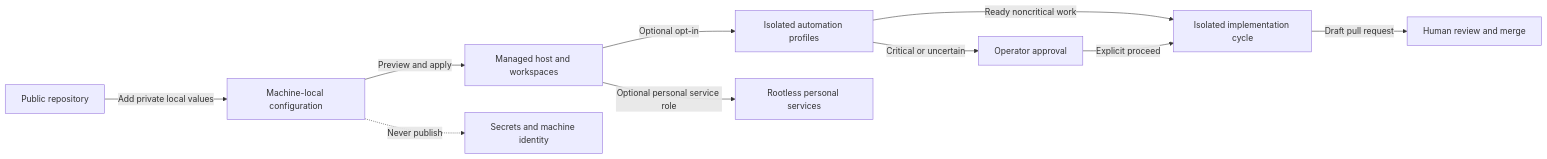
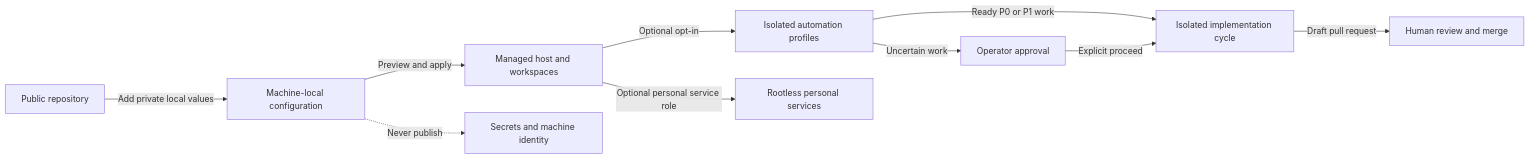
Before and after one commit to Saltiola7/dotfiles-ai: the diagram in docs/specs/dotfiles_ai_distribution/PRODUCT.md, drawn with Mermaid. The commit also changed other lines of this file and 3 other files, not shown here.

````diff
--- a/docs/specs/dotfiles_ai_distribution/PRODUCT.md
+++ b/docs/specs/dotfiles_ai_distribution/PRODUCT.md
@@ -70,14 +71,14 @@
 ```mermaid
 flowchart LR
     accTitle: dotfiles-ai product journey boundaries
-    accDescr: A developer configures portable public defaults with private local values, opts into isolated automation, reviews critical or uncertain decisions and every draft pull request, while evidence-ready noncritical work may proceed autonomously and secrets remain local.
+    accDescr: A developer configures portable public defaults with private local values, opts into isolated automation, reviews uncertain decisions and every draft pull request, while evidence-ready P0 and P1 work may proceed to an isolated implementation draft and secrets remain local.
     P[Public repository] -->|Add private local values| C[Machine-local configuration]
     C -->|Preview and apply| W[Managed host and workspaces]
     W -->|Optional opt-in| A[Isolated automation profiles]
     W -->|Optional personal service role| S[Rootless personal services]
-    A -->|Ready noncritical work| I[Isolated implementation cycle]
-    A -->|Critical or uncertain| U[Operator approval]
+    A -->|Ready P0 or P1 work| I[Isolated implementation cycle]
+    A -->|Uncertain work| U[Operator approval]
     U -->|Explicit proceed| I
     I -->|Draft pull request| R[Human review and merge]
     C -.->|Never publish| X[Secrets and machine identity]
 ```
````
